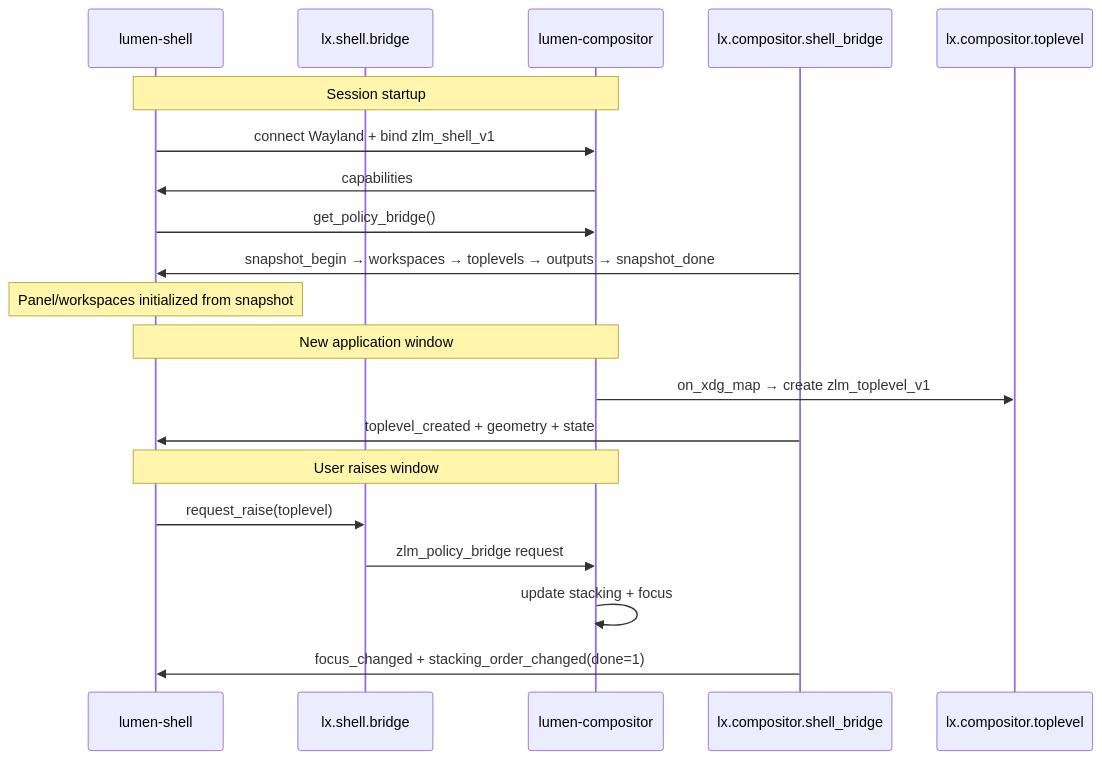
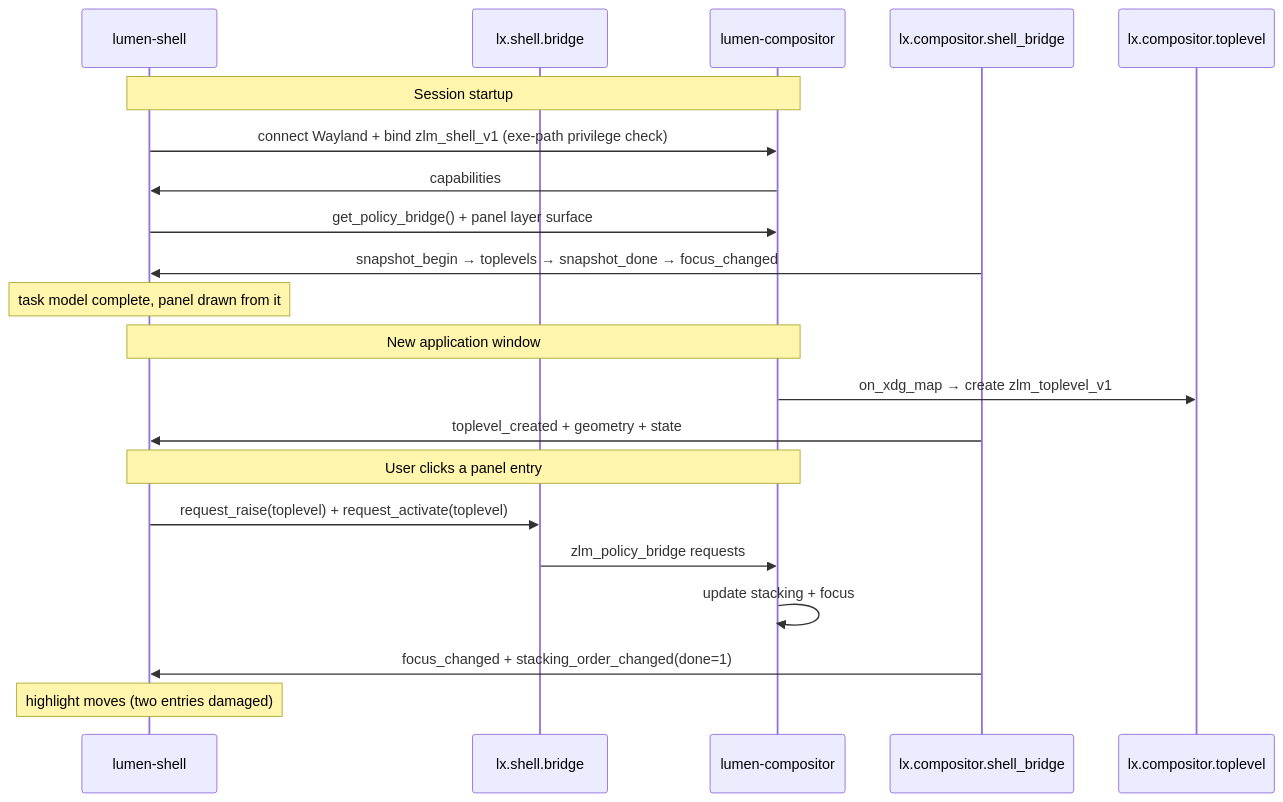
The fourth of 9 diagrams in docs/architecture.md (dimmus/lumen), drawn with Mermaid before and after one commit. The commit also changed other lines of this file and 57 other files, not shown here.

````diff
--- a/docs/architecture.md
+++ b/docs/architecture.md
@@ -313,25 +454,26 @@
 ```mermaid
 sequenceDiagram
     participant Shell as lumen-shell
     participant Bridge as lx.shell.bridge
     participant Comp as lumen-compositor
     participant Srv as lx.compositor.shell_bridge
     participant Top as lx.compositor.toplevel
 
     Note over Shell,Comp: Session startup
-    Shell->>Comp: connect Wayland + bind zlm_shell_v1
+    Shell->>Comp: connect Wayland + bind zlm_shell_v1 (exe-path privilege check)
     Comp->>Shell: capabilities
-    Shell->>Comp: get_policy_bridge()
-    Srv->>Shell: snapshot_begin → workspaces → toplevels → outputs → snapshot_done
-    Note over Shell: Panel/workspaces initialized from snapshot
+    Shell->>Comp: get_policy_bridge() + panel layer surface
+    Srv->>Shell: snapshot_begin → toplevels → snapshot_done → focus_changed
+    Note over Shell: task model complete, panel drawn from it
 
     Note over Shell,Comp: New application window
     Comp->>Top: on_xdg_map → create zlm_toplevel_v1
     Srv->>Shell: toplevel_created + geometry + state
 
-    Note over Shell,Comp: User raises window
-    Shell->>Bridge: request_raise(toplevel)
-    Bridge->>Comp: zlm_policy_bridge request
+    Note over Shell,Comp: User clicks a panel entry
+    Shell->>Bridge: request_raise(toplevel) + request_activate(toplevel)
+    Bridge->>Comp: zlm_policy_bridge requests
     Comp->>Comp: update stacking + focus
     Srv->>Shell: focus_changed + stacking_order_changed(done=1)
+    Note over Shell: highlight moves (two entries damaged)
 ```
````
